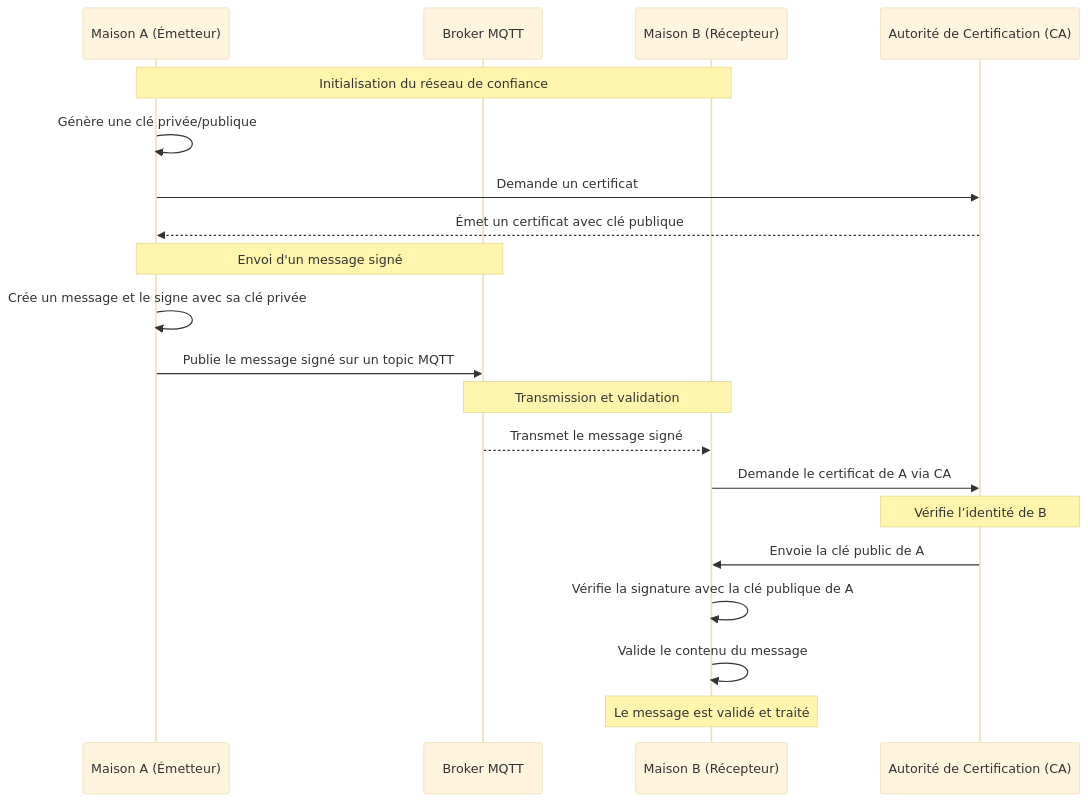
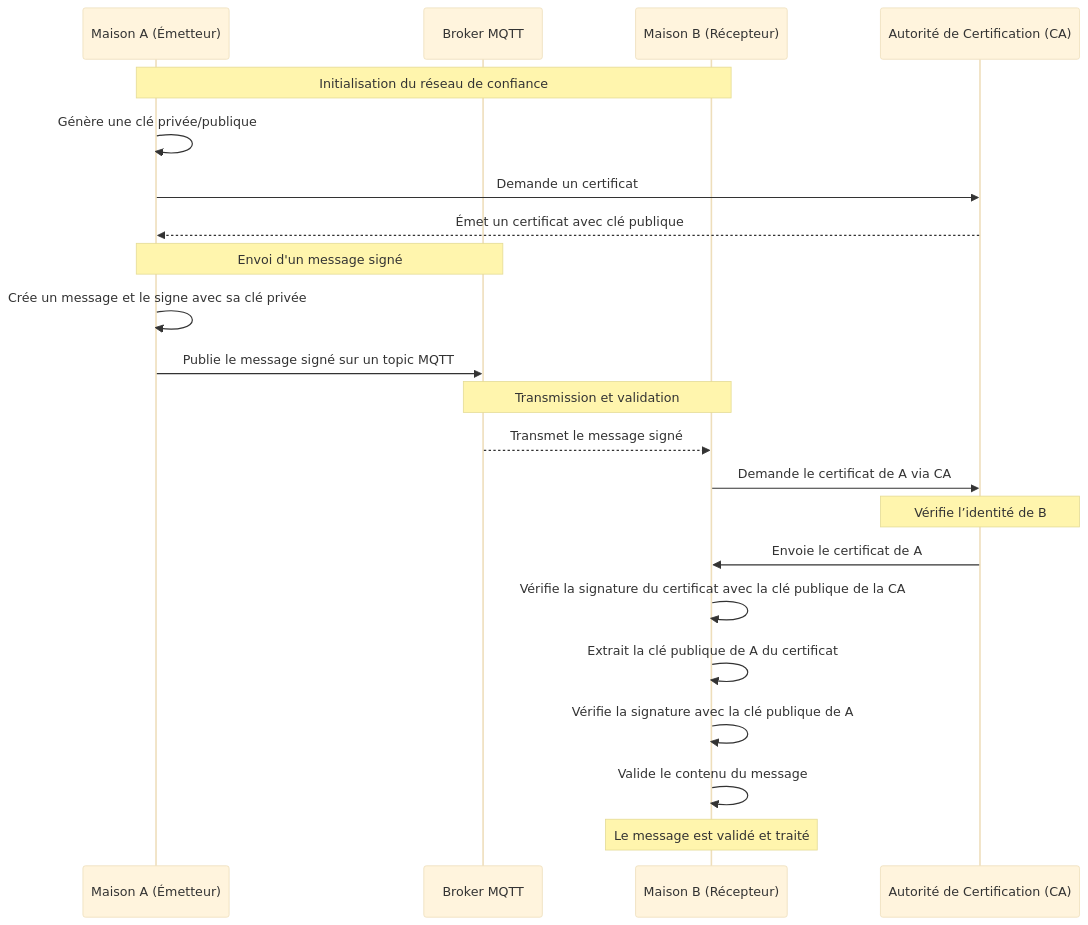
The diagram in supports/reseau-confiance.md (XCarrel/321-Prog_distrib), drawn with Mermaid (base theme) before and after one commit.

Commit message:
Update certificate transmission details in documentation

````diff
--- a/supports/reseau-confiance.md
+++ b/supports/reseau-confiance.md
@@ -64,26 +64,28 @@
 ```mermaid
 sequenceDiagram
    participant A as Maison A (Émetteur)
    participant Broker as Broker MQTT
    participant B as Maison B (Récepteur)
    participant CA as Autorité de Certification (CA)
 
     Note over A, B: Initialisation du réseau de confiance
     A->>A: Génère une clé privée/publique
     A->>CA: Demande un certificat
     CA-->>A: Émet un certificat avec clé publique
 
     Note over A, Broker: Envoi d'un message signé
     A->>A: Crée un message et le signe avec sa clé privée
     A->>Broker: Publie le message signé sur un topic MQTT
 
     Note over Broker, B: Transmission et validation
     Broker-->>B: Transmet le message signé
     B->>CA: Demande le certificat de A via CA
     Note over CA: Vérifie l’identité de B
-    CA->>B: Envoie la clé public de A
+    CA->>B: Envoie le certificat de A
+    B->>B: Vérifie la signature du certificat avec la clé publique de la CA
+    B->>B: Extrait la clé publique de A du certificat
     B->>B: Vérifie la signature avec la clé publique de A
     B->>B: Valide le contenu du message
 
     Note over B: Le message est validé et traité
 ```
````
